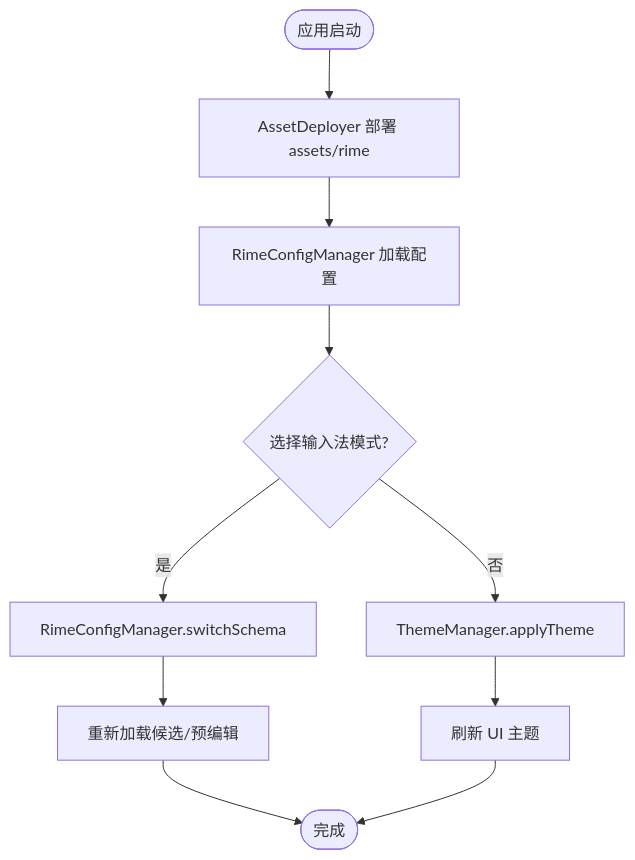
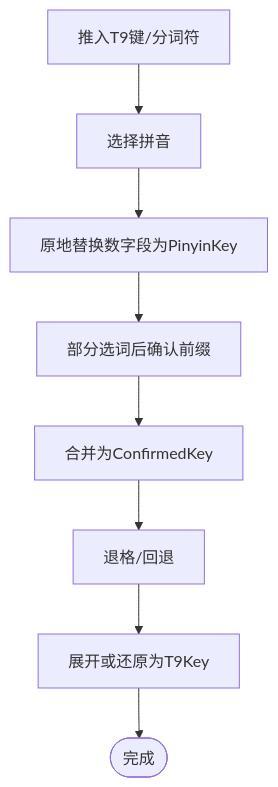
One commit to qiaodashaoye/ziyou-ime changed the sixth of 8 diagrams in .qoder/repowiki/zh/content/架构设计/架构设计.md. Above: the diagram before and after it, drawn with Mermaid. The commit also changed other lines of this file and 407 other files, not shown here.

````diff
--- a/.qoder/repowiki/zh/content/架构设计/架构设计.md
+++ b/.qoder/repowiki/zh/content/架构设计/架构设计.md
@@ -397,12 +209,10 @@
 ```mermaid
 flowchart TD
-Start(["应用启动"]) --> Deploy["AssetDeployer 部署 assets/rime"]
-Deploy --> LoadCfg["RimeConfigManager 加载配置"]
-LoadCfg --> SchemaSel{"选择输入法模式?"}
-SchemaSel --> |是| SwitchSchema["RimeConfigManager.switchSchema"]
-SchemaSel --> |否| ApplyTheme["ThemeManager.applyTheme"]
-SwitchSchema --> Reload["重新加载候选/预编辑"]
-ApplyTheme --> RefreshUI["刷新 UI 主题"]
-Reload --> End(["完成"])
-RefreshUI --> End
+Push["推入T9键/分词符"] --> Select["选择拼音"]
+Select --> Replace["原地替换数字段为PinyinKey"]
+Replace --> Confirm["部分选词后确认前缀"]
+Confirm --> Merge["合并为ConfirmedKey"]
+Merge --> Backspace["退格/回退"]
+Backspace --> Restore["展开或还原为T9Key"]
+Restore --> End(["完成"])
 ```
````
